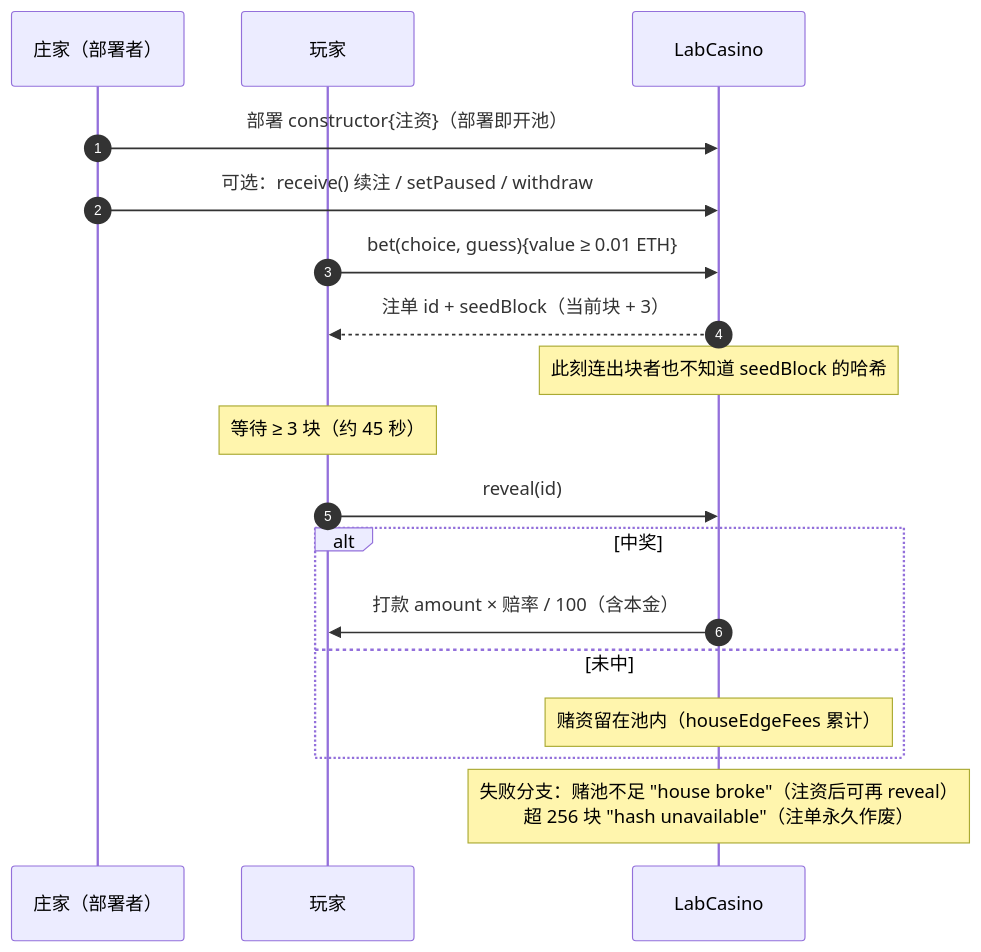
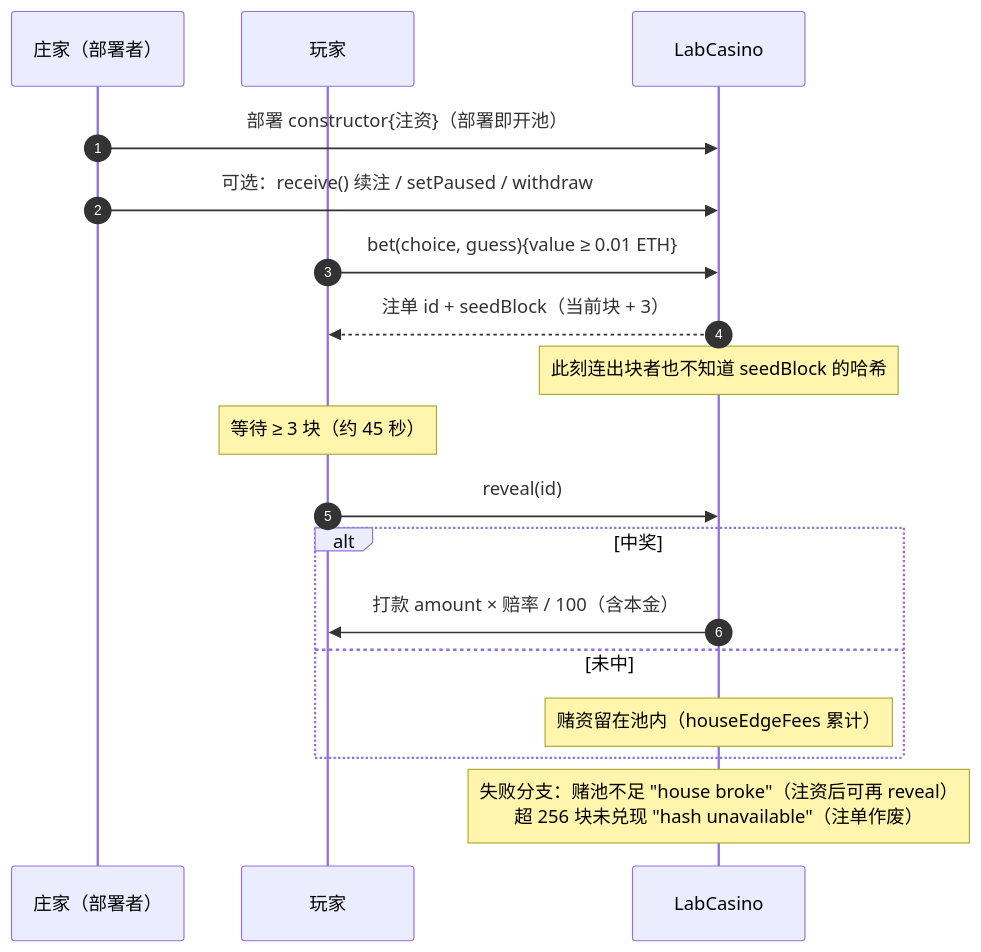
Diagram 13 of 20 in 用户使用文档.md (otreewen2020/learning-web3), drawn with Mermaid before and after one commit. The commit also changed other lines of this file and 4 other files, not shown here.

````diff
--- a/用户使用文档.md
+++ b/用户使用文档.md
@@ -1071,25 +1081,25 @@
 ```mermaid
 sequenceDiagram
     autonumber
     participant H as 庄家（部署者）
     participant P as 玩家
     participant C as LabCasino
 
     H->>C: 部署 constructor{注资}（部署即开池）
     H->>C: 可选：receive() 续注 / setPaused / withdraw
 
     P->>C: bet(choice, guess){value ≥ 0.01 ETH}
     C-->>P: 注单 id + seedBlock（当前块 + 3）
     Note over C: 此刻连出块者也不知道 seedBlock 的哈希
 
     Note over P: 等待 ≥ 3 块（约 45 秒）
 
     P->>C: reveal(id)
     alt 中奖
         C->>P: 打款 amount × 赔率 / 100（含本金）
     else 未中
         Note over C: 赌资留在池内（houseEdgeFees 累计）
     end
 
-    Note over C: 失败分支：赌池不足 "house broke"（注资后可再 reveal）<br/>超 256 块 "hash unavailable"（注单永久作废）
+    Note over C: 失败分支：赌池不足 "house broke"（注资后可再 reveal）<br/>超 256 块未兑现 "hash unavailable"（注单作废）
 ```
````
